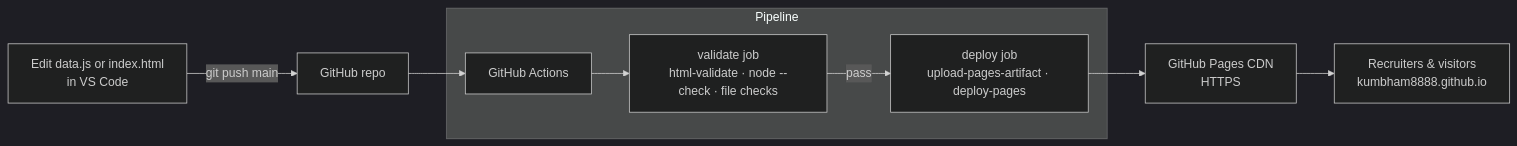
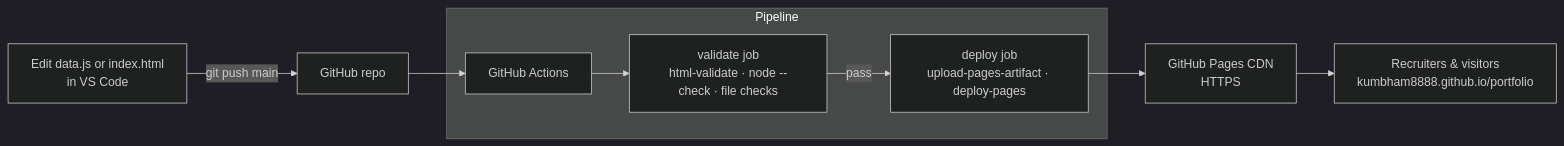
The first of 2 diagrams in README.md (KUMBHAM8888/portfolio), drawn with Mermaid (dark theme) before and after one commit. The commit also changed other lines of this file and 2 other files, not shown here.

Commit message:
Point links at /portfolio

````diff
--- a/README.md
+++ b/README.md
@@ -60,11 +60,11 @@
 ```mermaid
 flowchart LR
     A[Edit data.js or index.html<br/>in VS Code] -->|git push main| B[GitHub repo]
     B --> C[GitHub Actions]
     subgraph Pipeline
       C --> D[validate job<br/>html-validate · node --check · file checks]
       D -->|pass| E[deploy job<br/>upload-pages-artifact · deploy-pages]
     end
     E --> F[GitHub Pages CDN<br/>HTTPS]
-    F --> G[Recruiters &amp; visitors<br/>kumbham8888.github.io]
+    F --> G[Recruiters &amp; visitors<br/>kumbham8888.github.io/portfolio]
 ```
````
